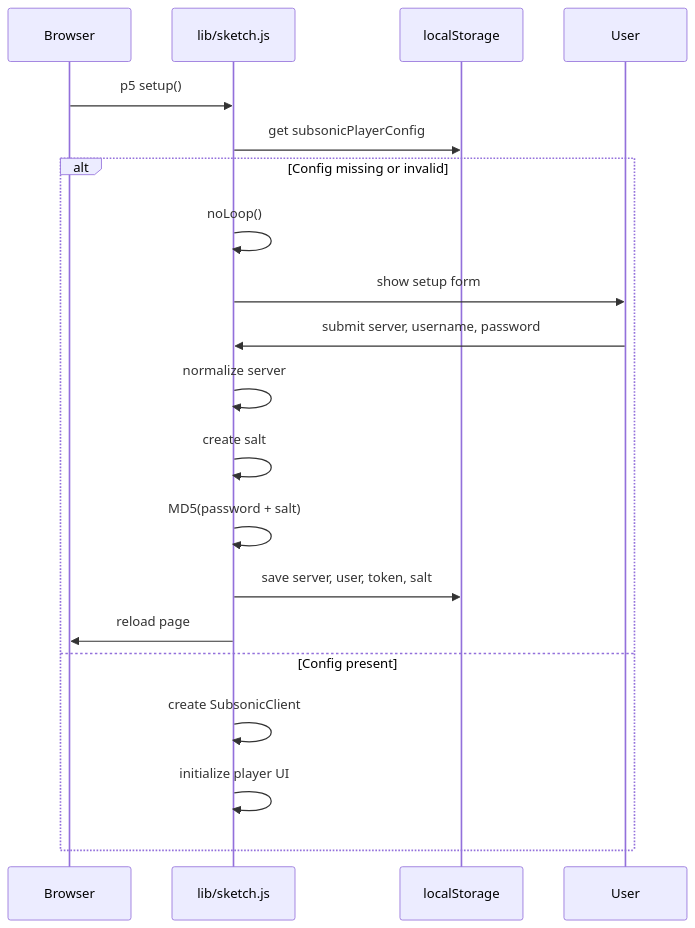
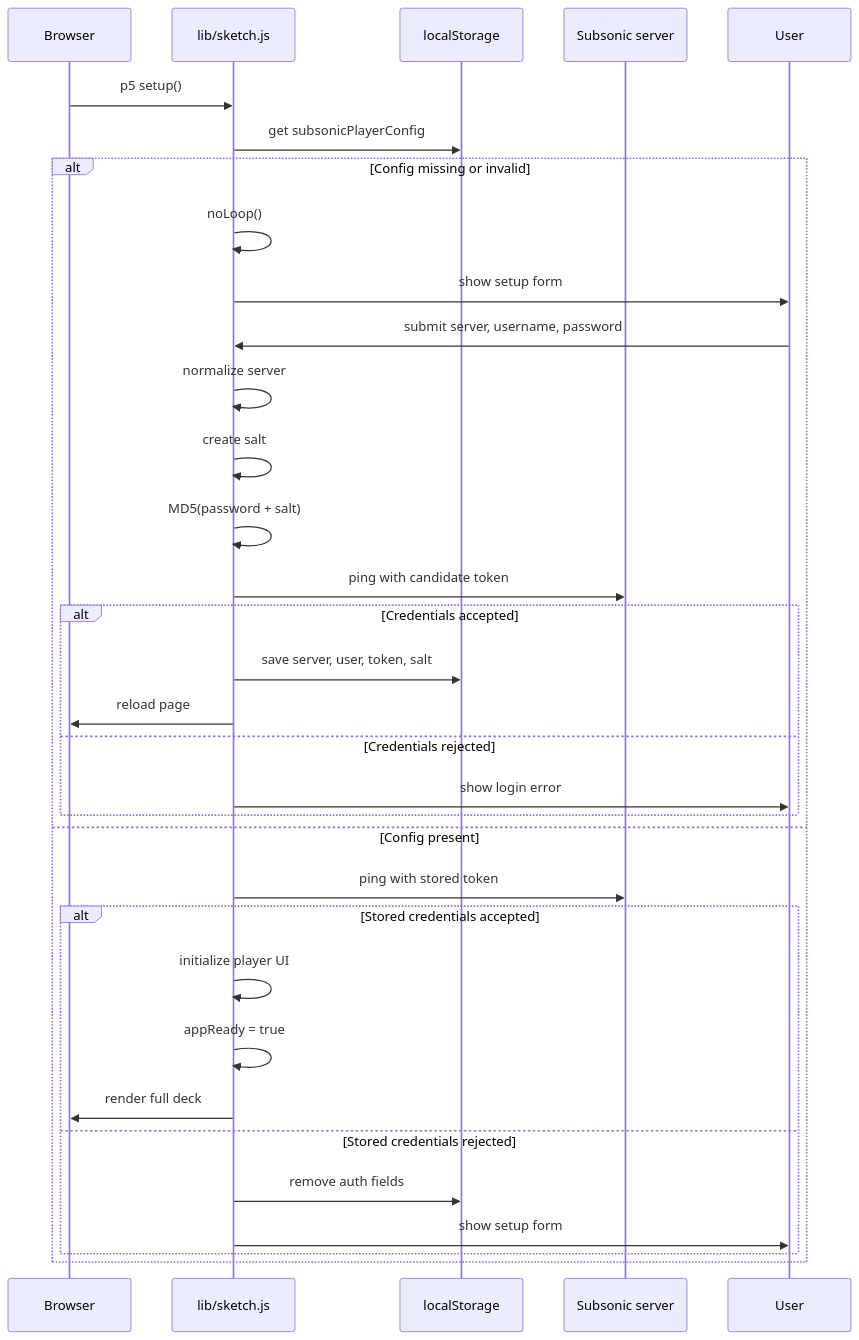
One commit to Leorivasc/neon_deck changed the second of 11 diagrams in doc/diagrams.md. Above: the diagram before and after it, drawn with Mermaid. The commit also changed other lines of this file and 6 other files, not shown here.

````diff
--- a/doc/diagrams.md
+++ b/doc/diagrams.md
@@ -42,23 +42,36 @@
 ```mermaid
 sequenceDiagram
     participant Browser
     participant Sketch as lib/sketch.js
     participant Storage as localStorage
+    participant Server as Subsonic server
     participant User
 
     Browser->>Sketch: p5 setup()
     Sketch->>Storage: get subsonicPlayerConfig
     alt Config missing or invalid
         Sketch->>Sketch: noLoop()
         Sketch->>User: show setup form
         User->>Sketch: submit server, username, password
         Sketch->>Sketch: normalize server
         Sketch->>Sketch: create salt
         Sketch->>Sketch: MD5(password + salt)
-        Sketch->>Storage: save server, user, token, salt
-        Sketch->>Browser: reload page
+        Sketch->>Server: ping with candidate token
+        alt Credentials accepted
+            Sketch->>Storage: save server, user, token, salt
+            Sketch->>Browser: reload page
+        else Credentials rejected
+            Sketch->>User: show login error
+        end
     else Config present
-        Sketch->>Sketch: create SubsonicClient
-        Sketch->>Sketch: initialize player UI
+        Sketch->>Server: ping with stored token
+        alt Stored credentials accepted
+            Sketch->>Sketch: initialize player UI
+            Sketch->>Sketch: appReady = true
+            Sketch->>Browser: render full deck
+        else Stored credentials rejected
+            Sketch->>Storage: remove auth fields
+            Sketch->>User: show setup form
+        end
     end
 ```
````
